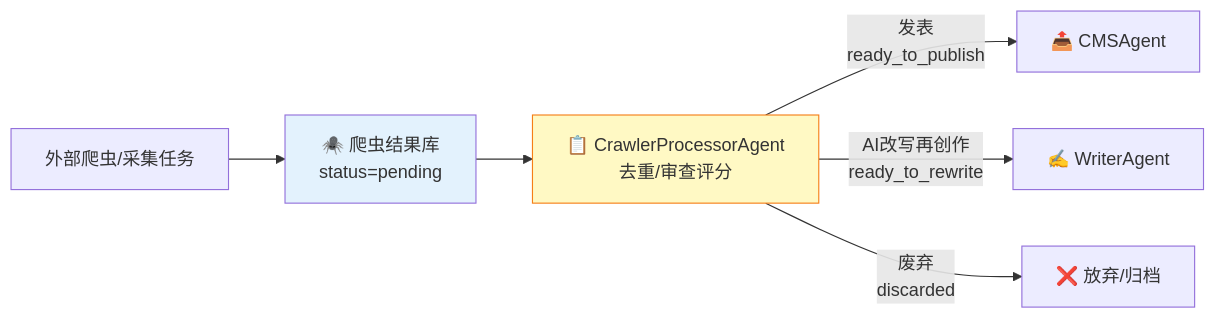
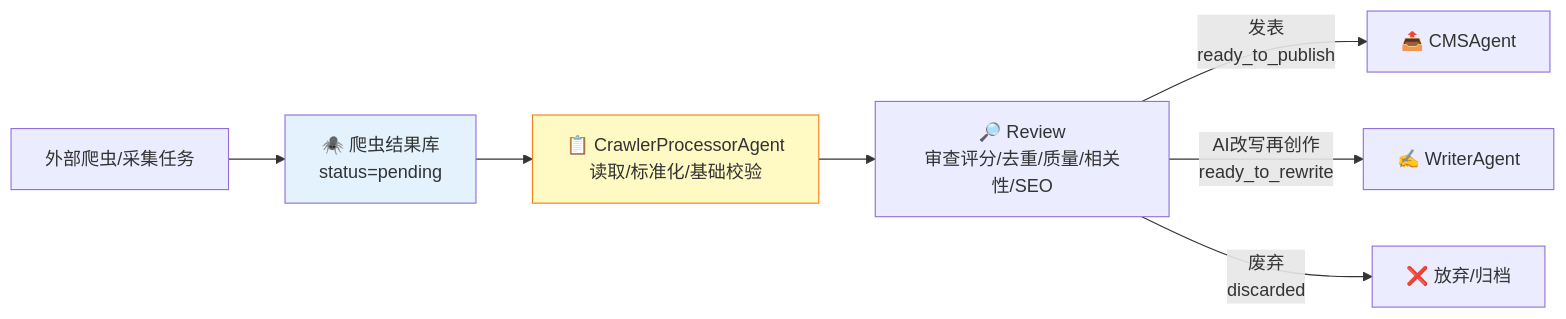
Before and after one commit to flyingsnowzz/Multi-Agent-Automatic-Operation-Website: the fourth of 4 diagrams in 00-方案概述.md, drawn with Mermaid. The commit also changed other lines of this file and 15 other files, not shown here.

````diff
--- a/00-方案概述.md
+++ b/00-方案概述.md
@@ -167,11 +167,12 @@
 ```mermaid
 flowchart LR
     SPIDER["外部爬虫/采集任务"] --> CRAWL["🕷️ 爬虫结果库<br/>status=pending"]
-    CRAWL --> EVAL["📋 CrawlerProcessorAgent<br/>去重/审查评分"]
-    EVAL -->|"发表<br/>ready_to_publish"| CMS["📤 CMSAgent"]
-    EVAL -->|"AI改写再创作<br/>ready_to_rewrite"| WRITER["✍️ WriterAgent"]
-    EVAL -->|"废弃<br/>discarded"| DISCARD["❌ 放弃/归档"]
+    CRAWL --> INGEST["📋 CrawlerProcessorAgent<br/>读取/标准化/基础校验"]
+    INGEST --> REVIEW["🔎 Review<br/>审查评分/去重/质量/相关性/SEO"]
+    REVIEW -->|"发表<br/>ready_to_publish"| CMS["📤 CMSAgent"]
+    REVIEW -->|"AI改写再创作<br/>ready_to_rewrite"| WRITER["✍️ WriterAgent"]
+    REVIEW -->|"废弃<br/>discarded"| DISCARD["❌ 放弃/归档"]
 
     style CRAWL fill:#e3f2fd
-    style EVAL fill:#fff9c4,stroke:#f57f17
+    style INGEST fill:#fff9c4,stroke:#f57f17
 ```
````
